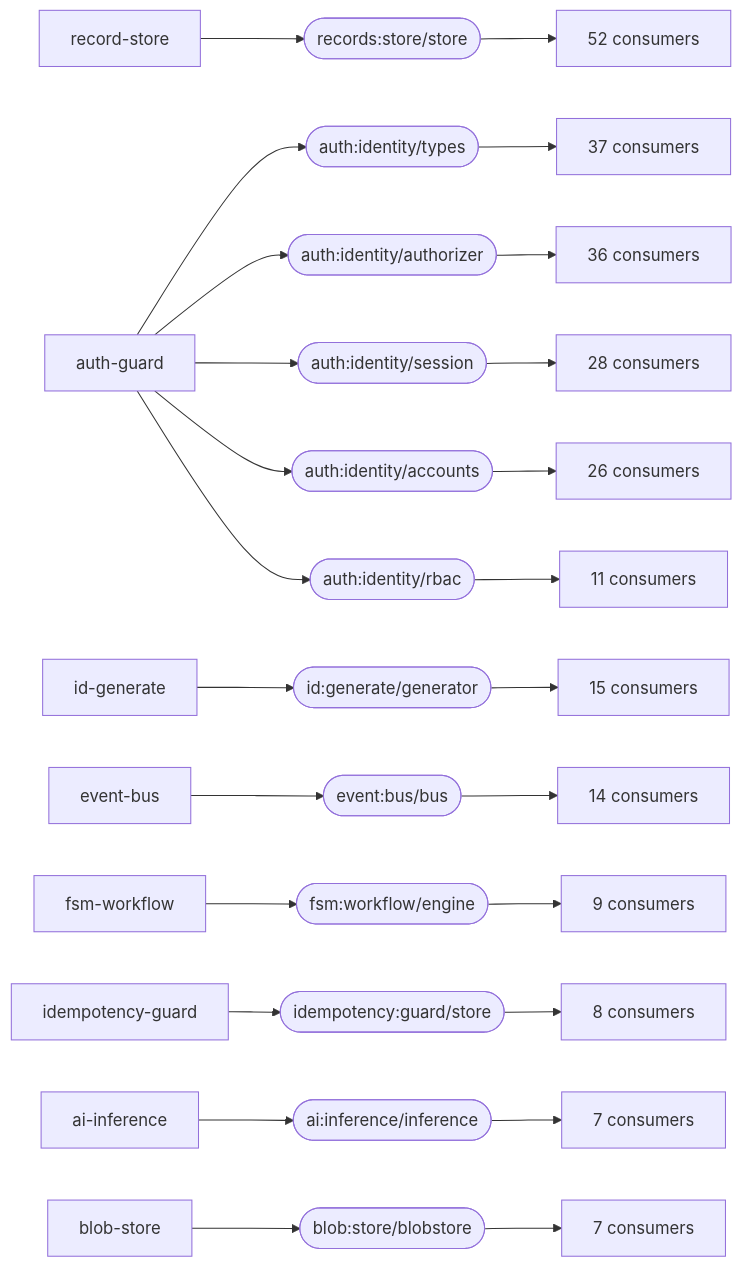
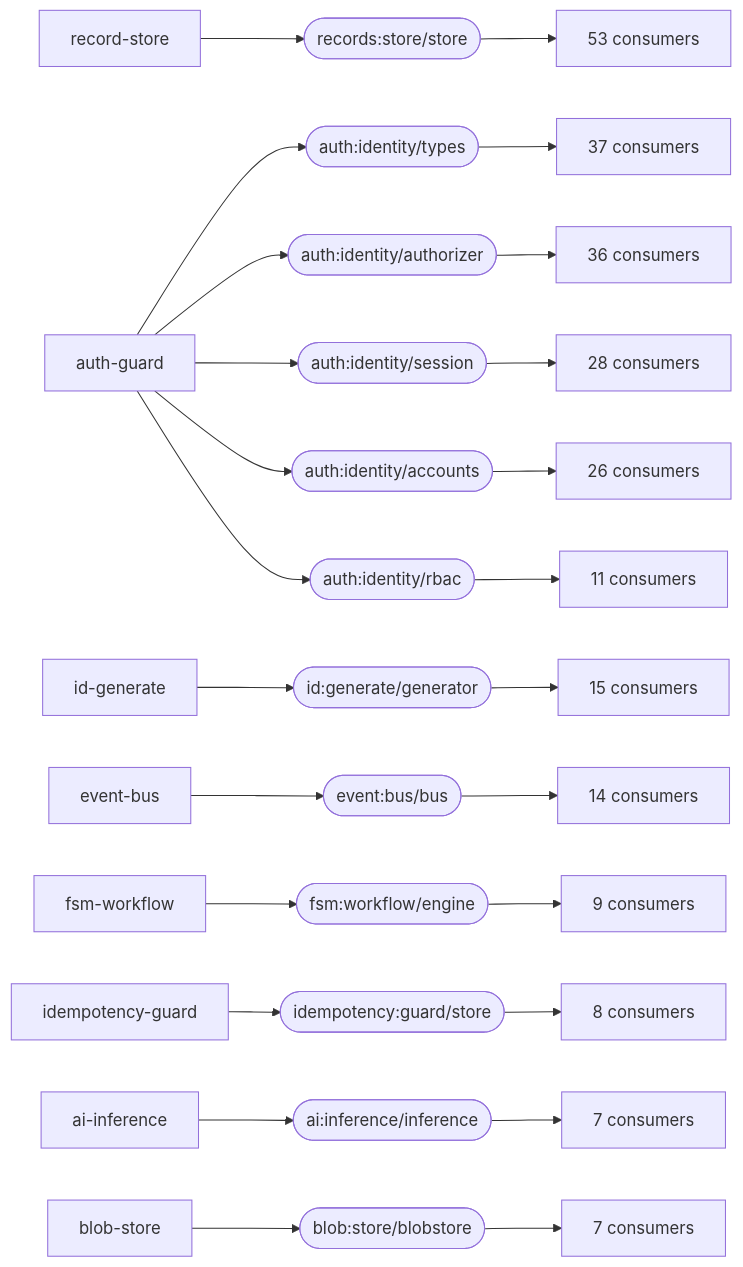
The first of 2 diagrams in docs/CAPABILITY-GRAPH.md (markkovari/holon), drawn with Mermaid before and after one commit. The commit also changed other lines of this file and 23 other files, not shown here.

````diff
--- a/docs/CAPABILITY-GRAPH.md
+++ b/docs/CAPABILITY-GRAPH.md
@@ -123,39 +126,39 @@
 ```mermaid
 graph LR
   records_store_store(["records:store/store"])
   record_store[record-store] --> records_store_store
-  records_store_store --> many_records_store_store["52 consumers"]
+  records_store_store --> many_records_store_store["53 consumers"]
   auth_identity_types(["auth:identity/types"])
   auth_guard[auth-guard] --> auth_identity_types
   auth_identity_types --> many_auth_identity_types["37 consumers"]
   auth_identity_authorizer(["auth:identity/authorizer"])
   auth_guard[auth-guard] --> auth_identity_authorizer
   auth_identity_authorizer --> many_auth_identity_authorizer["36 consumers"]
   auth_identity_session(["auth:identity/session"])
   auth_guard[auth-guard] --> auth_identity_session
   auth_identity_session --> many_auth_identity_session["28 consumers"]
   auth_identity_accounts(["auth:identity/accounts"])
   auth_guard[auth-guard] --> auth_identity_accounts
   auth_identity_accounts --> many_auth_identity_accounts["26 consumers"]
   id_generate_generator(["id:generate/generator"])
   id_generate[id-generate] --> id_generate_generator
   id_generate_generator --> many_id_generate_generator["15 consumers"]
   event_bus_bus(["event:bus/bus"])
   event_bus[event-bus] --> event_bus_bus
   event_bus_bus --> many_event_bus_bus["14 consumers"]
   auth_identity_rbac(["auth:identity/rbac"])
   auth_guard[auth-guard] --> auth_identity_rbac
   auth_identity_rbac --> many_auth_identity_rbac["11 consumers"]
   fsm_workflow_engine(["fsm:workflow/engine"])
   fsm_workflow[fsm-workflow] --> fsm_workflow_engine
   fsm_workflow_engine --> many_fsm_workflow_engine["9 consumers"]
   idempotency_guard_store(["idempotency:guard/store"])
   idempotency_guard[idempotency-guard] --> idempotency_guard_store
   idempotency_guard_store --> many_idempotency_guard_store["8 consumers"]
   ai_inference_inference(["ai:inference/inference"])
   ai_inference[ai-inference] --> ai_inference_inference
   ai_inference_inference --> many_ai_inference_inference["7 consumers"]
   blob_store_blobstore(["blob:store/blobstore"])
   blob_store[blob-store] --> blob_store_blobstore
   blob_store_blobstore --> many_blob_store_blobstore["7 consumers"]
 ```
````
